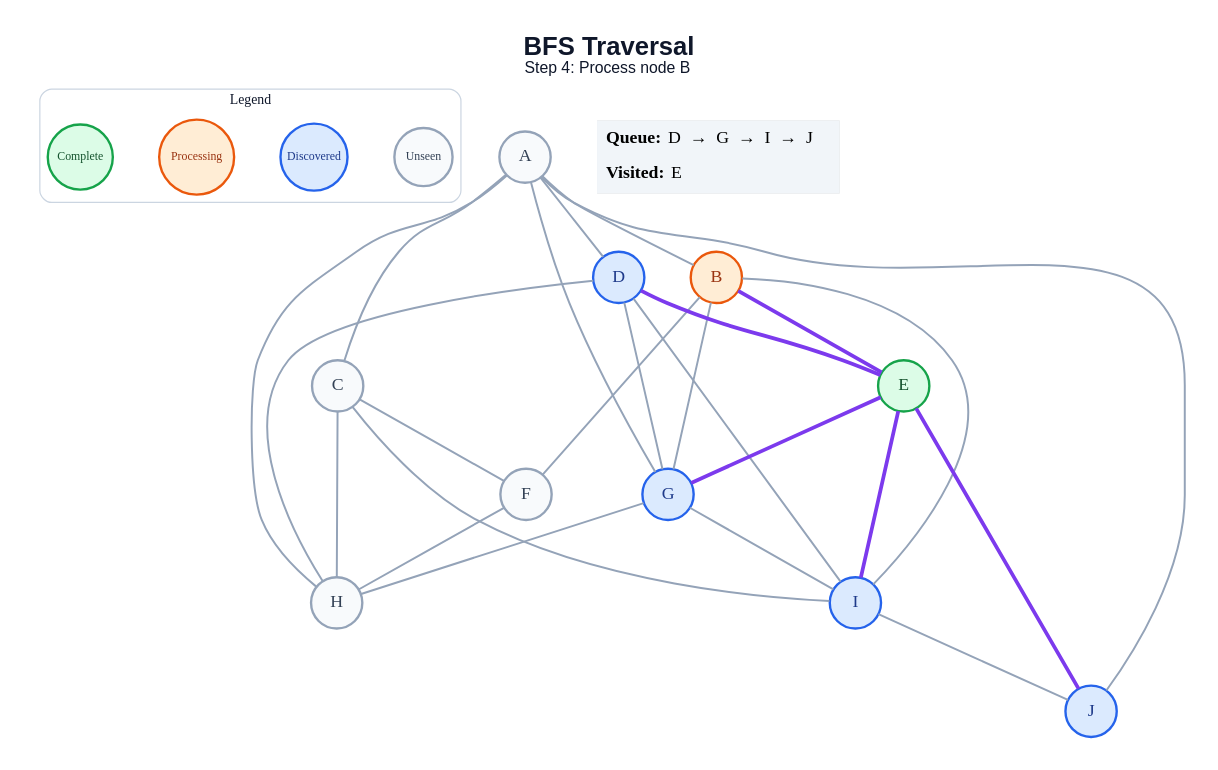
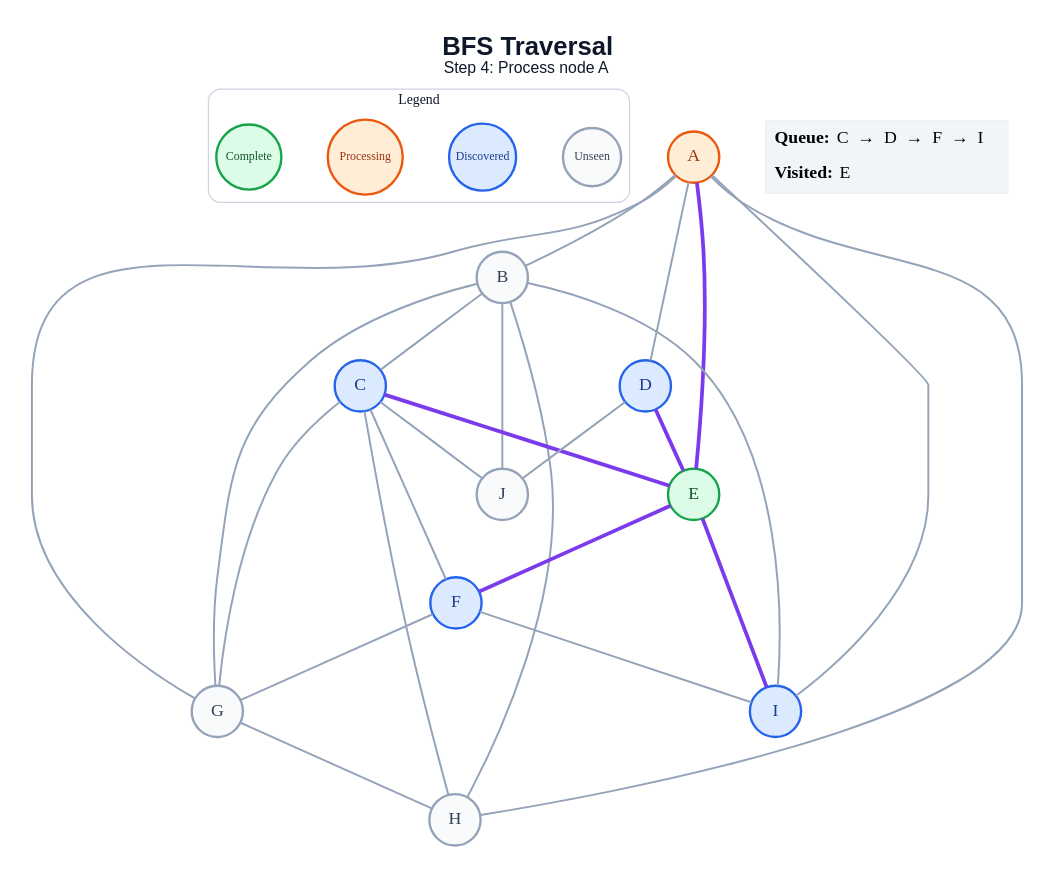
The diagram in generated/specific-node/bfs/step_04.dot (amanghodawala9/ai-slop), drawn with Graphviz before and after one commit. The commit also changed 178 other files, not shown here.

```diff
--- a/generated/specific-node/bfs/step_04.dot
+++ b/generated/specific-node/bfs/step_04.dot
@@ -1,53 +1,52 @@
 graph traversal {
   graph [layout=dot, rankdir=TB, bgcolor="#FFFFFF", pad="0.35", nodesep="0.65", ranksep="0.8", fontname="Arial"];
   node [shape=circle, style="filled", fontname="Arial Bold", fontsize=18, width=0.72, fixedsize=true, penwidth=2.4];
   edge [color="#94A3B8", penwidth=2.0];
-  label=<<B>BFS Traversal</B><BR/><FONT POINT-SIZE="16">Step 4: Process node B</FONT>>; labelloc="t"; fontsize=26; fontname="Arial"; fontcolor="#0F172A";
+  label=<<B>BFS Traversal</B><BR/><FONT POINT-SIZE="16">Step 4: Process node A</FONT>>; labelloc="t"; fontsize=26; fontname="Arial"; fontcolor="#0F172A";
   subgraph cluster_legend { label="Legend"; color="#CBD5E1"; penwidth=1.2; style="rounded"; fontsize=14; fontname="Arial Bold";
     key_unseen [label="Unseen", fillcolor="#F8FAFC", color="#94A3B8", fontcolor="#334155", fontsize=12, width=0.82];
     key_frontier [label="Discovered", fillcolor="#DBEAFE", color="#2563EB", fontcolor="#1E3A8A", fontsize=12, width=0.95];
     key_current [label="Processing", fillcolor="#FFEDD5", color="#EA580C", fontcolor="#9A3412", fontsize=12, width=1.05];
     key_done [label="Complete", fillcolor="#DCFCE7", color="#16A34A", fontcolor="#14532D", fontsize=12, width=0.92];
     { rank=same; key_unseen; key_frontier; key_current; key_done; }
   }
-  A [fillcolor="#F8FAFC", color="#94A3B8", fontcolor="#334155"];
-  B [fillcolor="#FFEDD5", color="#EA580C", fontcolor="#9A3412"];
-  C [fillcolor="#F8FAFC", color="#94A3B8", fontcolor="#334155"];
+  A [fillcolor="#FFEDD5", color="#EA580C", fontcolor="#9A3412"];
+  B [fillcolor="#F8FAFC", color="#94A3B8", fontcolor="#334155"];
+  C [fillcolor="#DBEAFE", color="#2563EB", fontcolor="#1E3A8A"];
   D [fillcolor="#DBEAFE", color="#2563EB", fontcolor="#1E3A8A"];
   E [fillcolor="#DCFCE7", color="#16A34A", fontcolor="#14532D"];
-  F [fillcolor="#F8FAFC", color="#94A3B8", fontcolor="#334155"];
-  G [fillcolor="#DBEAFE", color="#2563EB", fontcolor="#1E3A8A"];
+  F [fillcolor="#DBEAFE", color="#2563EB", fontcolor="#1E3A8A"];
+  G [fillcolor="#F8FAFC", color="#94A3B8", fontcolor="#334155"];
   H [fillcolor="#F8FAFC", color="#94A3B8", fontcolor="#334155"];
   I [fillcolor="#DBEAFE", color="#2563EB", fontcolor="#1E3A8A"];
-  J [fillcolor="#DBEAFE", color="#2563EB", fontcolor="#1E3A8A"];
+  J [fillcolor="#F8FAFC", color="#94A3B8", fontcolor="#334155"];
   A -- B;
-  A -- C;
   A -- D;
+  A -- E [color="#7C3AED", penwidth=3.8];
   A -- G;
   A -- H;
-  A -- J;
-  B -- E [color="#7C3AED", penwidth=3.8];
-  B -- F;
+  A -- I;
+  B -- C;
   B -- G;
+  B -- H;
   B -- I;
+  B -- J;
+  C -- E [color="#7C3AED", penwidth=3.8];
   C -- F;
+  C -- G;
   C -- H;
-  C -- I;
+  C -- J;
   D -- E [color="#7C3AED", penwidth=3.8];
-  D -- G;
-  D -- H;
-  D -- I;
-  E -- G [color="#7C3AED", penwidth=3.8];
+  D -- J;
+  E -- F [color="#7C3AED", penwidth=3.8];
   E -- I [color="#7C3AED", penwidth=3.8];
-  E -- J [color="#7C3AED", penwidth=3.8];
-  F -- H;
+  F -- G;
+  F -- I;
   G -- H;
-  G -- I;
-  I -- J;
   status [shape=plain, fixedsize=false, width=0, height=0, margin=0, label=<
     <TABLE BORDER="0" CELLBORDER="0" CELLPADDING="7" BGCOLOR="#F1F5F9">
-      <TR><TD ALIGN="LEFT"><B>Queue:</B> D  →  G  →  I  →  J</TD></TR>
+      <TR><TD ALIGN="LEFT"><B>Queue:</B> C  →  D  →  F  →  I</TD></TR>
       <TR><TD ALIGN="LEFT"><B>Visited:</B> E</TD></TR>
     </TABLE>
   >];
 }
```
